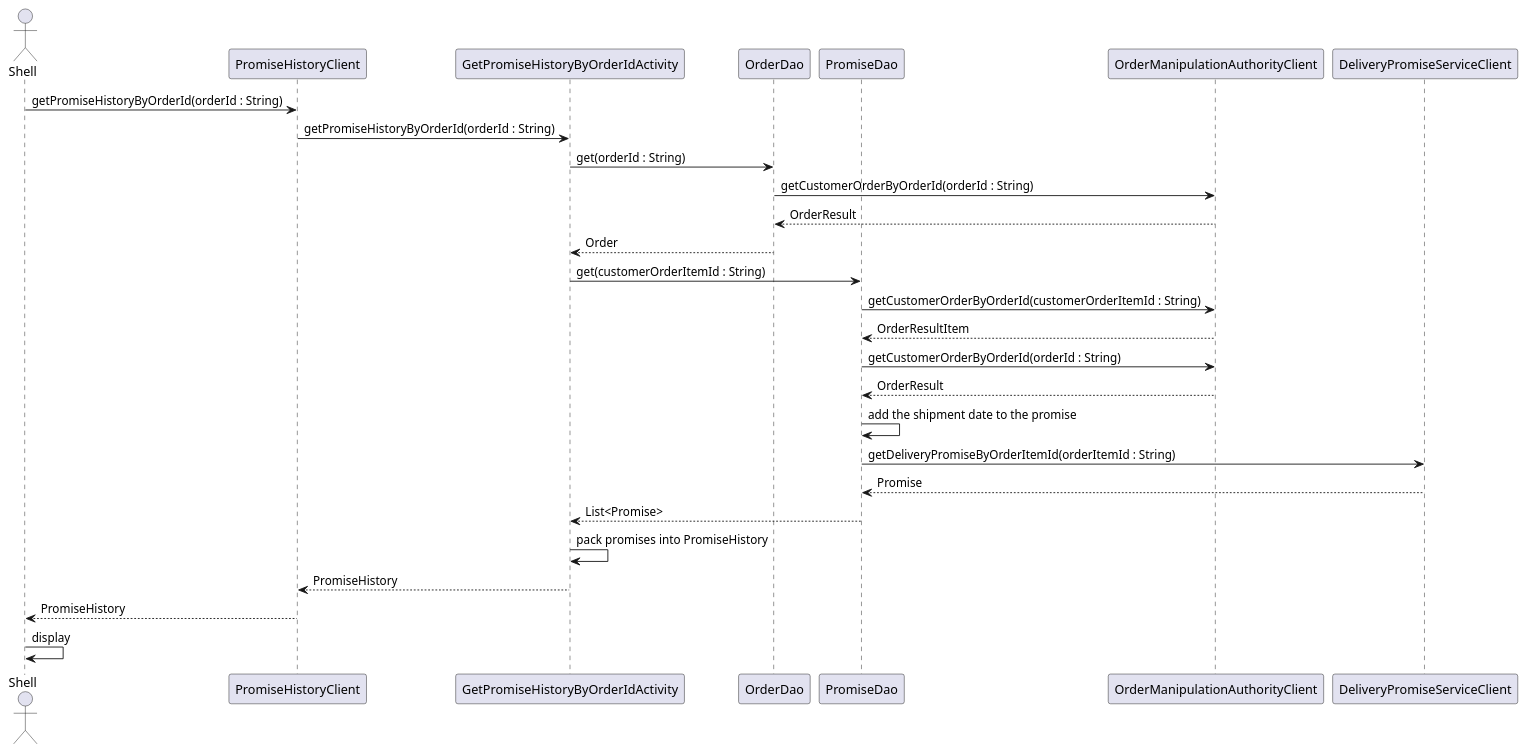
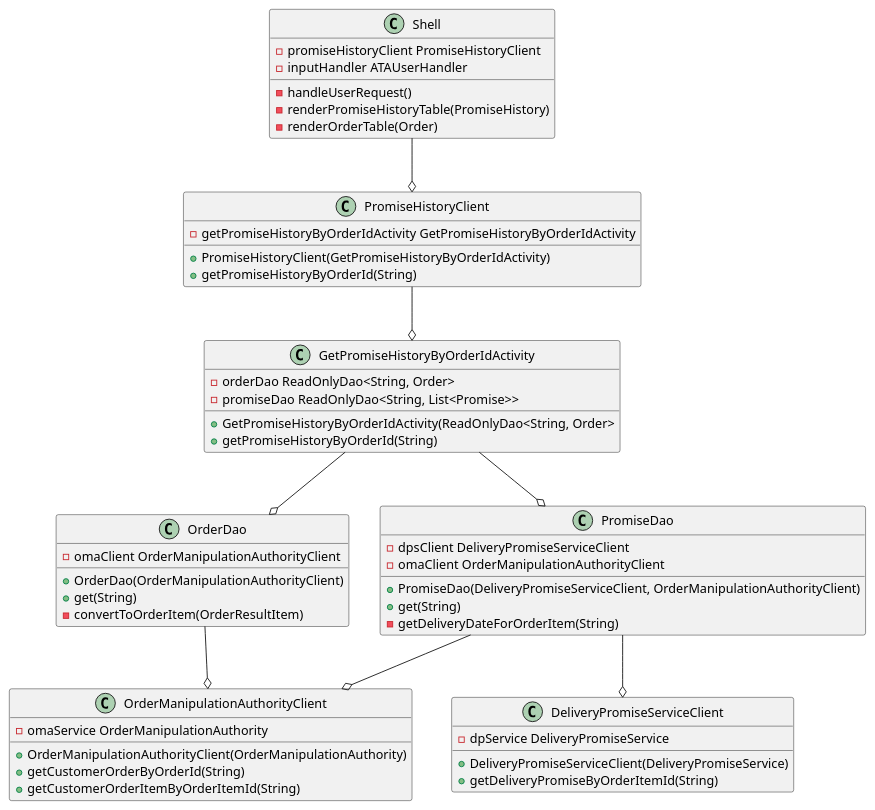
Before and after one commit to zdisalvo/OrderFulfillment: the diagram in src/resources/deliveringonourpromise_CD.puml, drawn with PlantUML. The commit also changed 1 other file, not shown here.

Commit message:
created class diagram

```diff
--- a/src/resources/deliveringonourpromise_CD.puml
+++ b/src/resources/deliveringonourpromise_CD.puml
@@ -1,39 +1,77 @@
 @startuml
 
-actor Shell
-participant PromiseHistoryClient
-participant GetPromiseHistoryByOrderIdActivity
-participant OrderDao
-participant PromiseDao
-participant OrderManipulationAuthorityClient
-participant DeliveryPromiseServiceClient
+class Shell {
+- promiseHistoryClient PromiseHistoryClient
+- inputHandler ATAUserHandler
 
-Shell -> PromiseHistoryClient : getPromiseHistoryByOrderId(orderId : String)
-PromiseHistoryClient -> GetPromiseHistoryByOrderIdActivity : getPromiseHistoryByOrderId(orderId : String)
-GetPromiseHistoryByOrderIdActivity -> OrderDao : get(orderId : String)
-OrderDao -> OrderManipulationAuthorityClient : getCustomerOrderByOrderId(orderId : String)
+- handleUserRequest()
+- renderPromiseHistoryTable(PromiseHistory)
+- renderOrderTable(Order)
 
-OrderDao <-- OrderManipulationAuthorityClient : OrderResult
-GetPromiseHistoryByOrderIdActivity <-- OrderDao : Order
+}
 
-GetPromiseHistoryByOrderIdActivity -> PromiseDao : get(customerOrderItemId : String)
-PromiseDao -> OrderManipulationAuthorityClient : getCustomerOrderByOrderId(customerOrderItemId : String)
-PromiseDao <-- OrderManipulationAuthorityClient : OrderResultItem
 
-PromiseDao -> OrderManipulationAuthorityClient : getCustomerOrderByOrderId(orderId : String)
-PromiseDao <-- OrderManipulationAuthorityClient : OrderResult
+class PromiseHistoryClient {
+- getPromiseHistoryByOrderIdActivity GetPromiseHistoryByOrderIdActivity
 
-PromiseDao -> PromiseDao : add the shipment date to the promise
++ PromiseHistoryClient(GetPromiseHistoryByOrderIdActivity)
++ getPromiseHistoryByOrderId(String)
 
-PromiseDao -> DeliveryPromiseServiceClient : getDeliveryPromiseByOrderItemId(orderItemId : String)
-PromiseDao <-- DeliveryPromiseServiceClient : Promise
-GetPromiseHistoryByOrderIdActivity <-- PromiseDao : List<Promise>
-GetPromiseHistoryByOrderIdActivity -> GetPromiseHistoryByOrderIdActivity : pack promises into PromiseHistory
+}
 
-PromiseHistoryClient <-- GetPromiseHistoryByOrderIdActivity : PromiseHistory
-Shell <-- PromiseHistoryClient : PromiseHistory
-Shell -> Shell : display
 
+class GetPromiseHistoryByOrderIdActivity {
+- orderDao ReadOnlyDao<String, Order>
+- promiseDao ReadOnlyDao<String, List<Promise>>
+
++ GetPromiseHistoryByOrderIdActivity(ReadOnlyDao<String, Order>
++ getPromiseHistoryByOrderId(String)
+}
+
+
+class OrderDao {
+- omaClient OrderManipulationAuthorityClient
+
++ OrderDao(OrderManipulationAuthorityClient)
++ get(String)
+- convertToOrderItem(OrderResultItem)
+
+}
+
+
+class PromiseDao {
+- dpsClient DeliveryPromiseServiceClient
+- omaClient OrderManipulationAuthorityClient
+
++ PromiseDao(DeliveryPromiseServiceClient, OrderManipulationAuthorityClient)
++ get(String)
+- getDeliveryDateForOrderItem(String)
+}
+
+
+class OrderManipulationAuthorityClient {
+- omaService OrderManipulationAuthority
+
++ OrderManipulationAuthorityClient(OrderManipulationAuthority)
++ getCustomerOrderByOrderId(String)
++ getCustomerOrderItemByOrderItemId(String)
+}
+
+
+class DeliveryPromiseServiceClient {
+- dpService DeliveryPromiseService
+
++ DeliveryPromiseServiceClient(DeliveryPromiseService)
++ getDeliveryPromiseByOrderItemId(String)
+}
+
+Shell --o PromiseHistoryClient
+PromiseHistoryClient --o GetPromiseHistoryByOrderIdActivity
+GetPromiseHistoryByOrderIdActivity --o OrderDao
+OrderDao --o OrderManipulationAuthorityClient
+GetPromiseHistoryByOrderIdActivity --o PromiseDao
+PromiseDao --o OrderManipulationAuthorityClient
+PromiseDao --o DeliveryPromiseServiceClient
 
 
 @enduml
```
